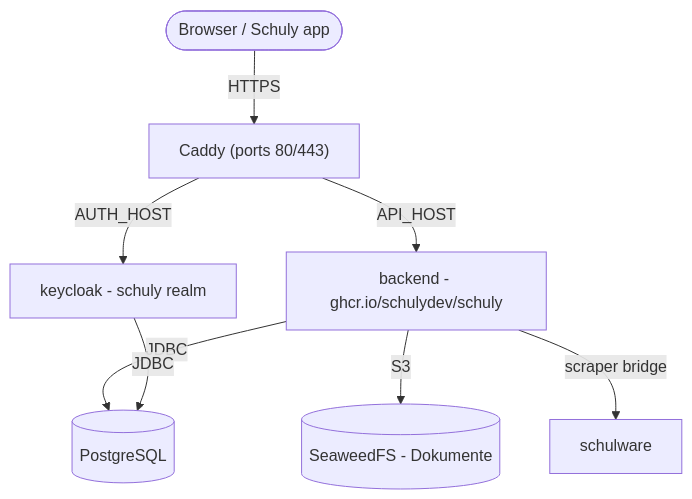
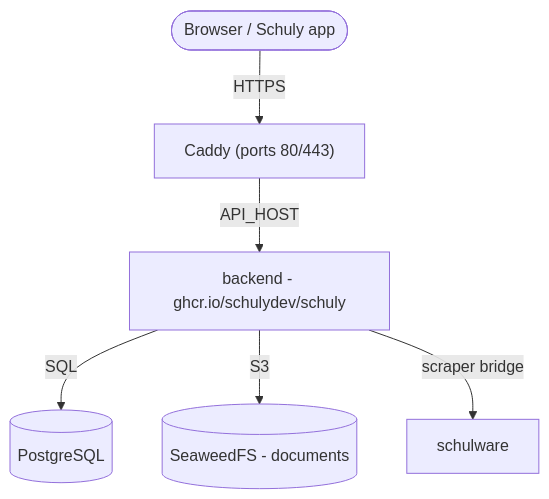
The diagram in docs/de/SchulyServer/setup/self-hosting.md (schulydev/SchulyDocs), drawn with Mermaid before and after one commit. The commit also changed other lines of this file and 74 other files, not shown here.

````diff
--- a/docs/de/SchulyServer/setup/self-hosting.md
+++ b/docs/de/SchulyServer/setup/self-hosting.md
@@ -15,10 +15,8 @@
 ```mermaid
 flowchart TB
     user([Browser / Schuly app]) -->|HTTPS| caddy["Caddy (ports 80/443)"]
     caddy -->|API_HOST| backend["backend - ghcr.io/schulydev/schuly"]
-    caddy -->|AUTH_HOST| kc["keycloak - schuly realm"]
-    backend -->|JDBC| pg[("PostgreSQL")]
-    kc -->|JDBC| pg
-    backend -->|S3| s3[("SeaweedFS - Dokumente")]
+    backend -->|SQL| pg[("PostgreSQL")]
+    backend -->|S3| s3[("SeaweedFS - documents")]
     backend -->|scraper bridge| sw["schulware"]
 ```
````
